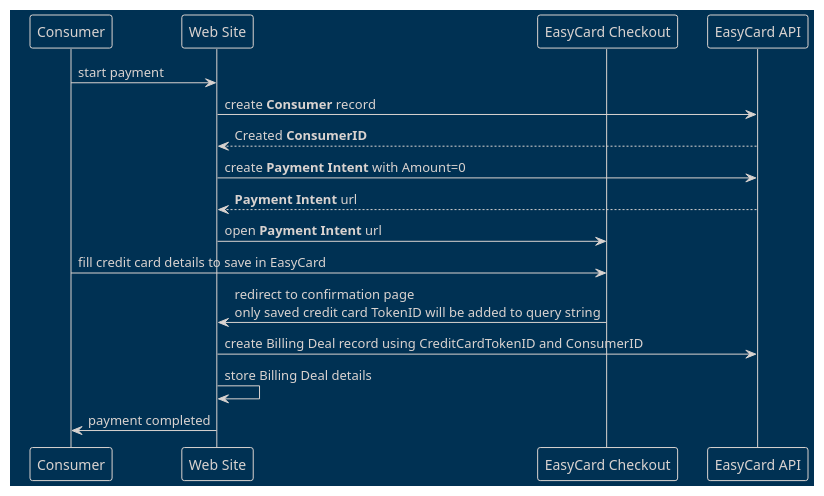
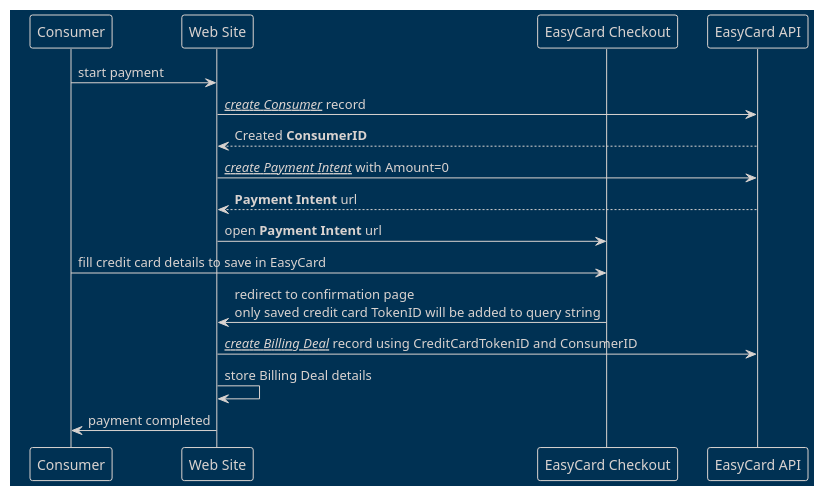
The diagram in images/BillingSequenceDiagram.iuml (EasycardNG/API), drawn with PlantUML before and after one commit. The commit also changed 1 other file, not shown here.

Commit message:
interactive diagram

```diff
--- a/images/BillingSequenceDiagram.iuml
+++ b/images/BillingSequenceDiagram.iuml
@@ -1,19 +1,19 @@
 @startuml
 !theme blueprint
 participant "Consumer" as consumer
 participant "Web Site" as website
 participant "EasyCard Checkout" as checkout
 participant "EasyCard API" as api
 
 consumer->website: start payment
-website->api: create <b>Consumer</b> record
+website->api: //[[MetadataApi.md#create-consumer-record create Consumer]]// record
 api-->website: Created <b>ConsumerID</b>
-website->api: create <b>Payment Intent</b> with Amount=0
+website->api: //[[TransactionsApi.md#create-payment-link-to-checkout-page create Payment Intent]]// with Amount=0
 api-->website: <b>Payment Intent</b> url
 website->checkout : open <b>Payment Intent</b> url
 consumer->checkout : fill credit card details to save in EasyCard
 checkout->website: redirect to confirmation page\nonly saved credit card TokenID will be added to query string
-website->api:create Billing Deal record using CreditCardTokenID and ConsumerID
+website->api: //[[TransactionsApi.md#create-billing-deal create Billing Deal]]// record using CreditCardTokenID and ConsumerID
 website->website: store Billing Deal details
 website->consumer: payment completed 
 @enduml
```
